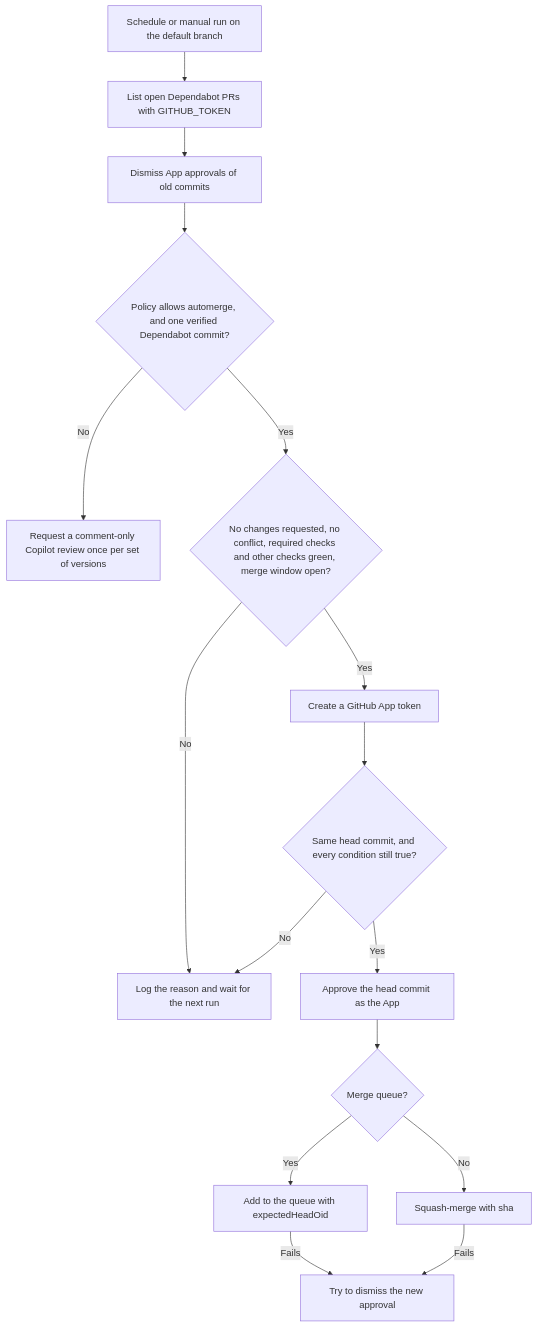
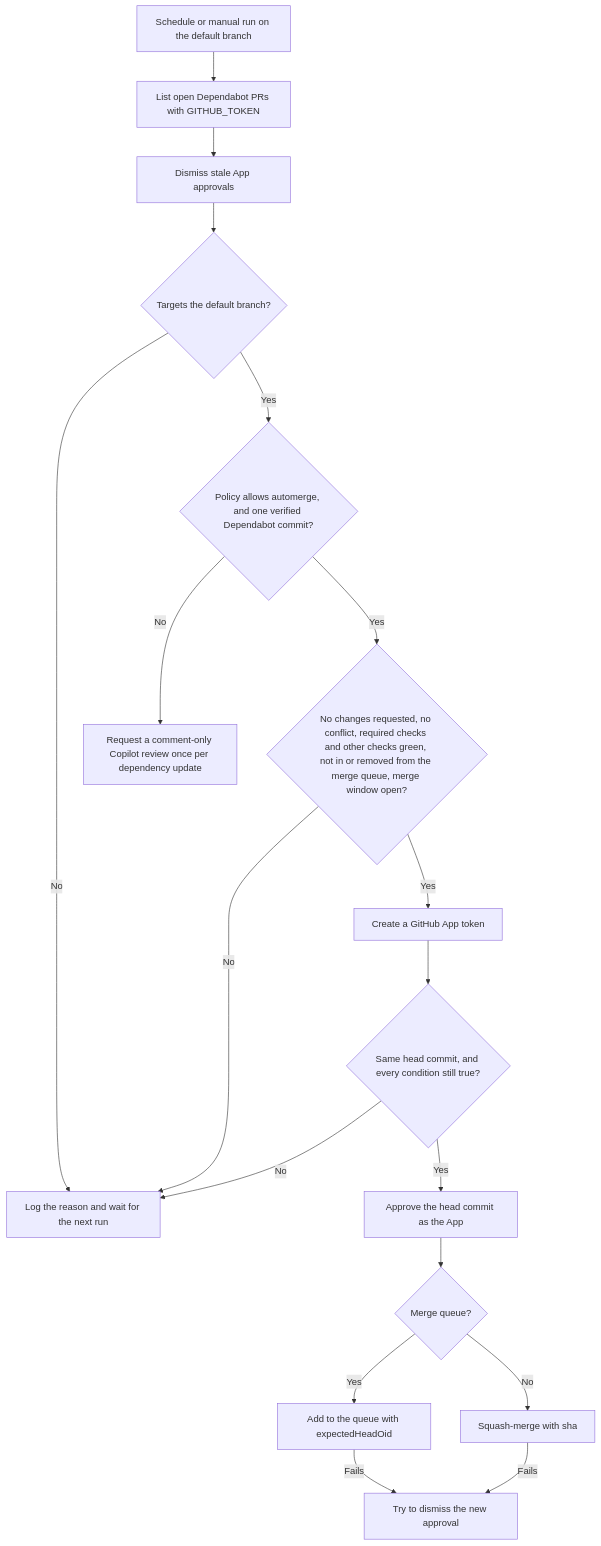
Before and after one commit to navikt/teamesyfo-github-actions-workflows: the diagram in docs/dependabot-automerge.md, drawn with Mermaid. The commit also changed other lines of this file and 3 other files, not shown here.

First line of the commit message:
fix(dependabot-automerge): rett funn fra ekstern review og Inspector

````diff
--- a/docs/dependabot-automerge.md
+++ b/docs/dependabot-automerge.md
@@ -74,18 +77,20 @@
 ```mermaid
 flowchart TD
     A[Schedule or manual run on the default branch] --> B[List open Dependabot PRs with GITHUB_TOKEN]
-    B --> S[Dismiss App approvals of old commits]
-    S --> C{Policy allows automerge, and one verified Dependabot commit?}
-    C -->|No| D[Request a comment-only Copilot review once per set of versions]
-    C -->|Yes| E{No changes requested, no conflict, required checks and other checks green, merge window open?}
+    B --> S[Dismiss stale App approvals]
+    S --> T{Targets the default branch?}
+    T -->|No| F
+    T -->|Yes| C{Policy allows automerge, and one verified Dependabot commit?}
+    C -->|No| D[Request a comment-only Copilot review once per dependency update]
+    C -->|Yes| E{No changes requested, no conflict, required checks and other checks green, not in or removed from the merge queue, merge window open?}
     E -->|No| F[Log the reason and wait for the next run]
     E -->|Yes| J[Create a GitHub App token]
     J --> R{Same head commit, and every condition still true?}
     R -->|No| F
     R -->|Yes| G[Approve the head commit as the App]
     G --> K{Merge queue?}
     K -->|Yes| L[Add to the queue with expectedHeadOid]
     K -->|No| M[Squash-merge with sha]
     L -->|Fails| I[Try to dismiss the new approval]
     M -->|Fails| I
 ```
````
